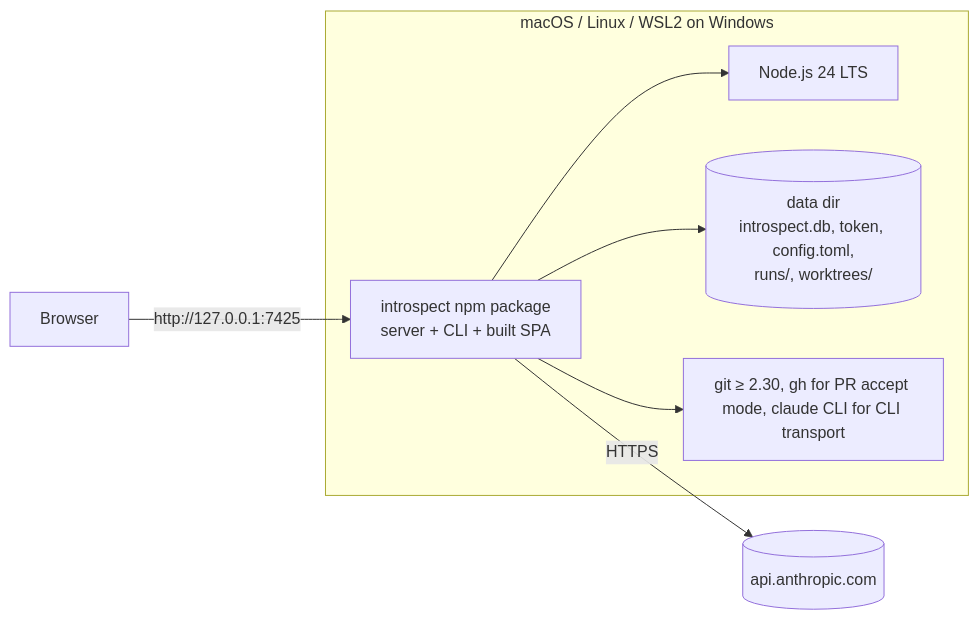
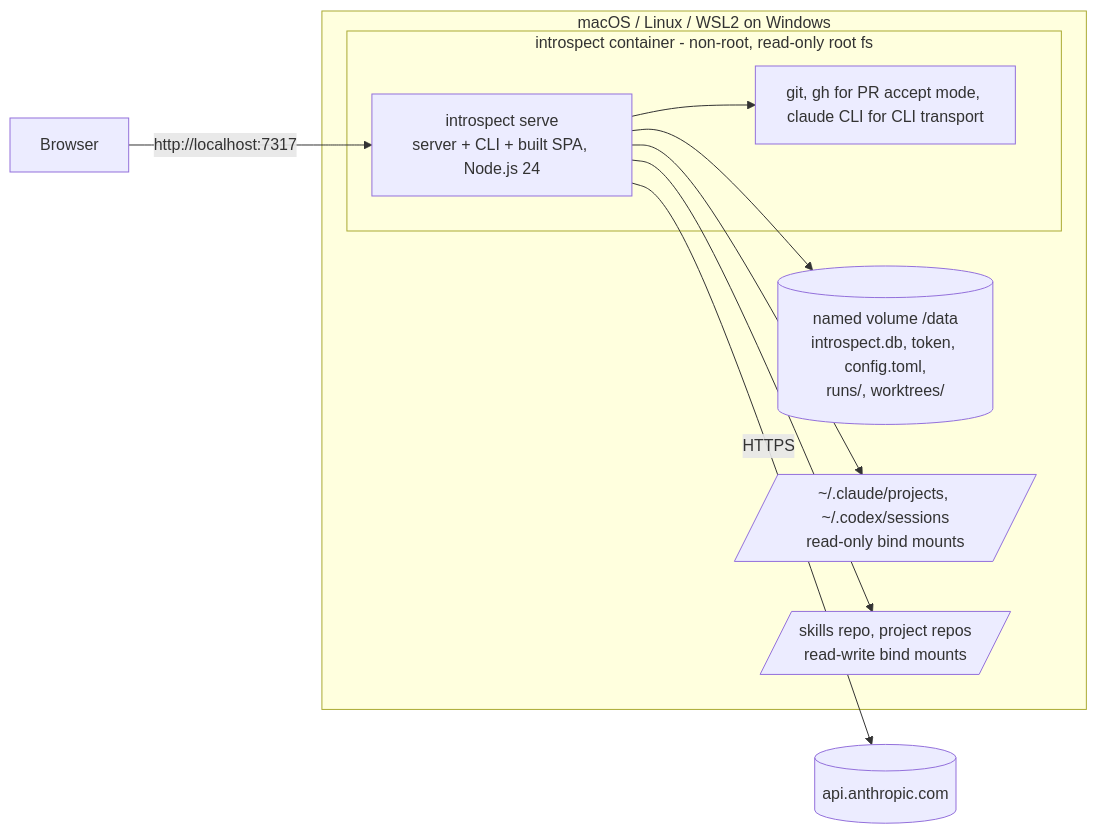
Before and after one commit to floriankraemer/ai-introspection: the ninth of 10 diagrams in docs/architecture/architecture-overview.md, drawn with Mermaid. The commit also changed other lines of this file and 42 other files, not shown here.

````diff
--- a/docs/architecture/architecture-overview.md
+++ b/docs/architecture/architecture-overview.md
@@ -324,14 +327,18 @@
 ```mermaid
 flowchart LR
   subgraph os[macOS / Linux / WSL2 on Windows]
-    node[Node.js 24 LTS]
-    pkg[introspect npm package<br/>server + CLI + built SPA]
-    data[(data dir<br/>introspect.db, token, config.toml,<br/>runs/, worktrees/)]
-    git[git ≥ 2.30, gh for PR accept mode, claude CLI for CLI transport]
+    subgraph ctr[introspect container - non-root, read-only root fs]
+      app[introspect serve<br/>server + CLI + built SPA, Node.js 24]
+      tools[git, gh for PR accept mode, claude CLI for CLI transport]
+    end
+    data[(named volume /data<br/>introspect.db, token, config.toml,<br/>runs/, worktrees/)]
+    logs[/~/.claude/projects, ~/.codex/sessions<br/>read-only bind mounts/]
+    repos[/skills repo, project repos<br/>read-write bind mounts/]
   end
-  pkg --> node
-  pkg --> data
-  pkg --> git
-  pkg -->|HTTPS| anthropic[(api.anthropic.com)]
-  browser[Browser] -->|http://127.0.0.1:7425| pkg
+  app --> data
+  app --> logs
+  app --> repos
+  app --> tools
+  app -->|HTTPS| anthropic[(api.anthropic.com)]
+  browser[Browser] -->|http://localhost:7317| app
 ```
````
